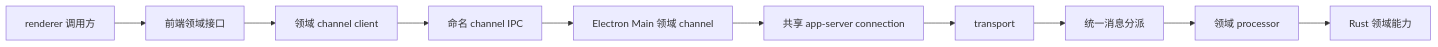
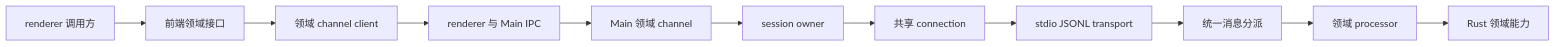
Before and after one commit to chogng/zeta: the first of 2 diagrams in .agents/skills/app-server-api-integration/references/connection-architecture.md, drawn with Mermaid. The commit also changed other lines of this file and 5 other files, not shown here.

````diff
--- a/.agents/skills/app-server-api-integration/references/connection-architecture.md
+++ b/.agents/skills/app-server-api-integration/references/connection-architecture.md
@@ -7,12 +7,13 @@
 ```mermaid
 flowchart LR
-    UI[renderer 调用方] --> Contract[前端领域接口]
+    Caller[renderer 调用方] --> Contract[前端领域接口]
     Contract --> Client[领域 channel client]
-    Client --> IPC[命名 channel IPC]
-    IPC --> Adapter[Electron Main 领域 channel]
-    Adapter --> Connection[共享 app-server connection]
-    Connection --> Transport[transport]
+    Client --> IPC[renderer 与 Main IPC]
+    IPC --> Channel[Main 领域 channel]
+    Channel --> Sessions[session owner]
+    Sessions --> Connection[共享 connection]
+    Connection --> Transport[stdio JSONL transport]
     Transport --> Dispatch[统一消息分派]
     Dispatch --> Processor[领域 processor]
     Processor --> Domain[Rust 领域能力]
 ```
````
